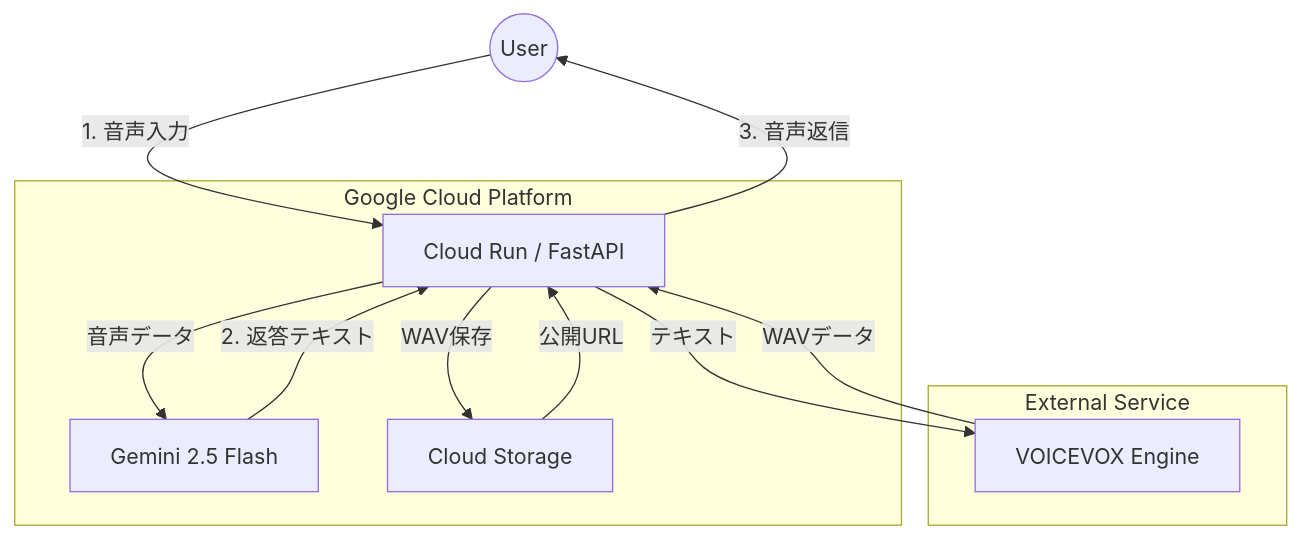
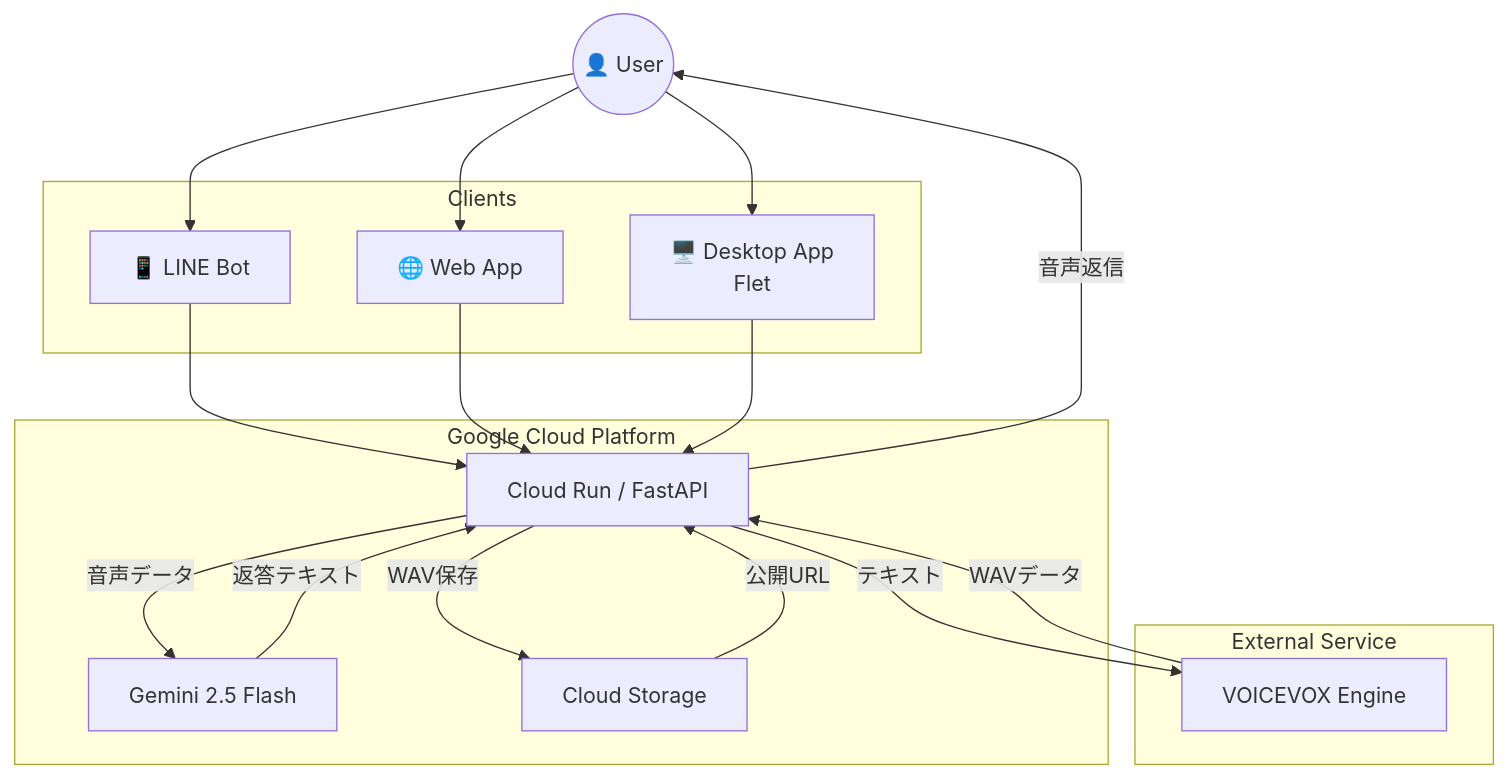
The first of 2 diagrams in animals/voidoll.md (miki-mini/my-line-bots), drawn with Mermaid before and after one commit. The commit also changed other lines of this file and 1 other file, not shown here.

Commit message:
docs: Add Desktop App badge to Voidoll in animals/README

````diff
--- a/animals/voidoll.md
+++ b/animals/voidoll.md
@@ -64,23 +94,36 @@
 ```mermaid
 graph TD
-    User((User))
+    User((👤 User))
+
+    subgraph Clients
+        LINE[📱 LINE Bot]
+        Web[🌐 Web App]
+        Desktop[🖥️ Desktop App<br/>Flet]
+    end
 
     subgraph Google Cloud Platform
         CR[Cloud Run / FastAPI]
         Gemini[Gemini 2.5 Flash]
         GCS[Cloud Storage]
     end
 
     subgraph External Service
         VV[VOICEVOX Engine]
     end
 
-    User -- "1. 音声入力" --> CR
+    User --> LINE
+    User --> Web
+    User --> Desktop
+
+    LINE --> CR
+    Web --> CR
+    Desktop --> CR
+
     CR -- "音声データ" --> Gemini
-    Gemini -- "2. 返答テキスト" --> CR
+    Gemini -- "返答テキスト" --> CR
     CR -- "テキスト" --> VV
     VV -- "WAVデータ" --> CR
     CR -- "WAV保存" --> GCS
     GCS -- "公開URL" --> CR
-    CR -- "3. 音声返信" --> User
+    CR -- "音声返信" --> User
 ```
````
